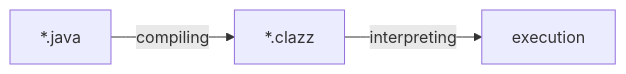
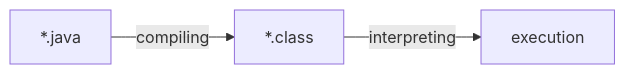
The diagram in i18n/en/docusaurus-plugin-content-blog/2023-12-23/Java-Hello-World-Deepdive-2.md (songkg7/songkg7.github.io), drawn with Mermaid before and after one commit. The commit also changed other lines of this file and 27 other files, not shown here.

````diff
--- a/i18n/en/docusaurus-plugin-content-blog/2023-12-23/Java-Hello-World-Deepdive-2.md
+++ b/i18n/en/docusaurus-plugin-content-blog/2023-12-23/Java-Hello-World-Deepdive-2.md
@@ -28,4 +38,4 @@
 ```mermaid
 flowchart LR
-    *.java --compiling--> *.clazz --interpreting--> execution
+    *.java --compiling--> *.class --interpreting--> execution
 ```
````
